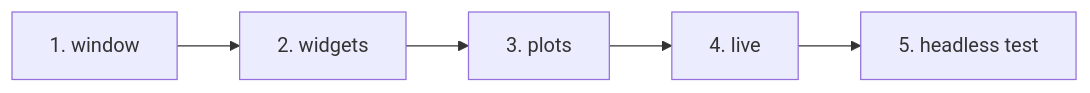
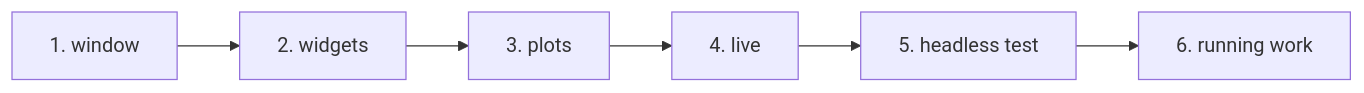
The diagram in docs/manual/index.md (szaghi/figure), drawn with Mermaid before and after one commit. The commit also changed other lines of this file and 31 other files, not shown here.

````diff
--- a/docs/manual/index.md
+++ b/docs/manual/index.md
@@ -19,4 +20,4 @@
 ```mermaid
 flowchart LR
-  A[1. window] --> B[2. widgets] --> C[3. plots] --> D[4. live] --> E[5. headless test]
+  A[1. window] --> B[2. widgets] --> C[3. plots] --> D[4. live] --> E[5. headless test] --> F[6. running work]
 ```
````
